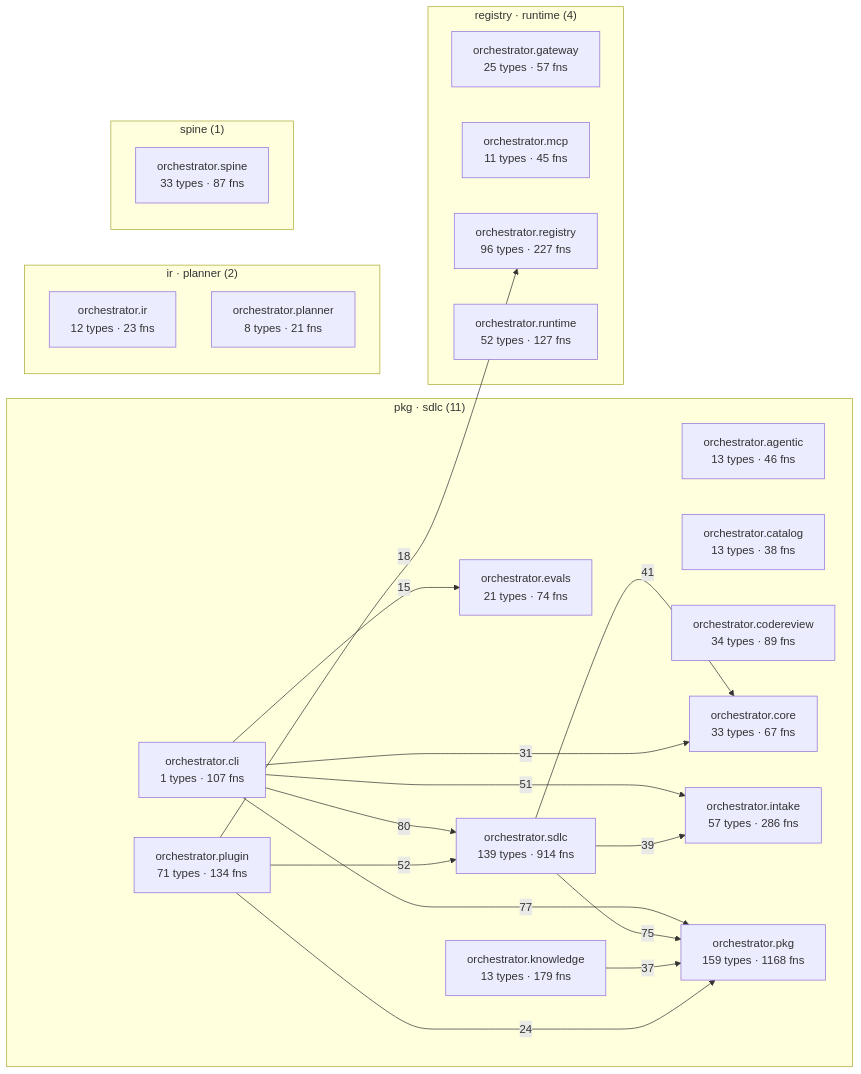
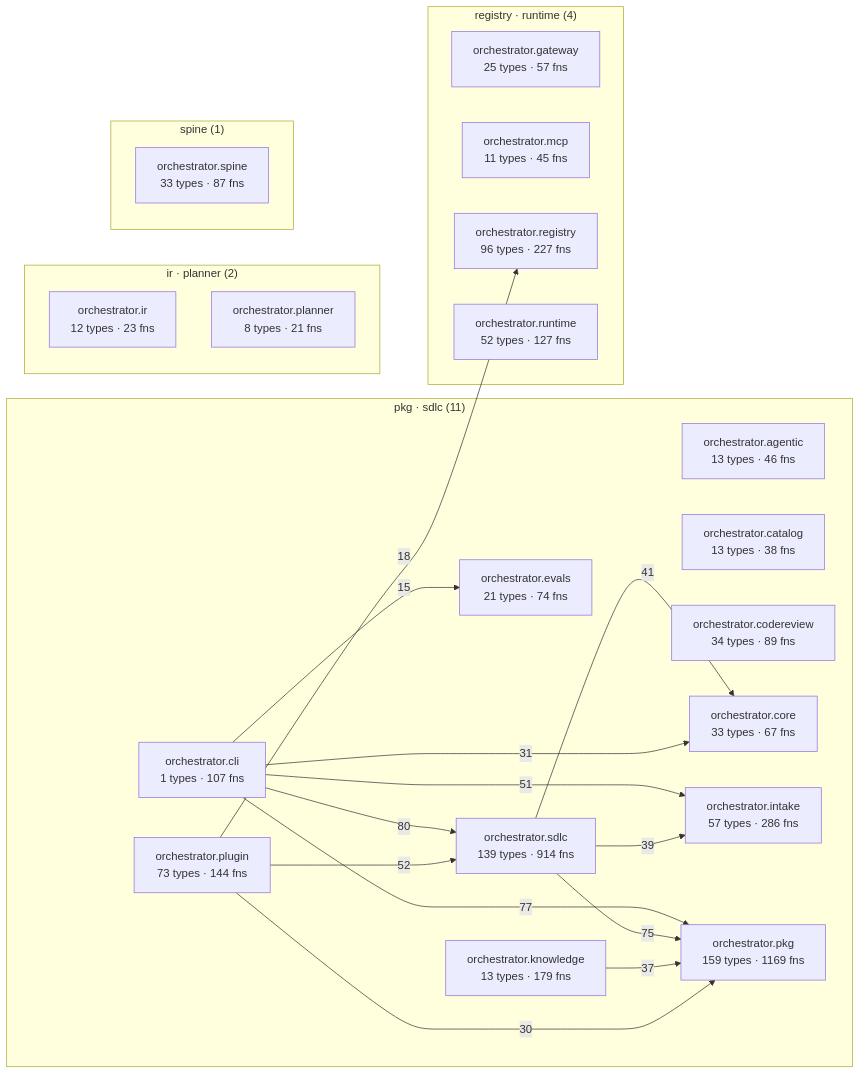
One commit to synaptixs/spine changed the diagram in episteme/architecture.md. Above: the diagram before and after it, drawn with Mermaid. The commit also changed other lines of this file and 24 other files, not shown here.

````diff
--- a/episteme/architecture.md
+++ b/episteme/architecture.md
@@ -55,41 +55,41 @@
 ```mermaid
 flowchart LR
   subgraph c_2["pkg · sdlc (11)"]
     aorchestratoragentic["orchestrator.agentic<br/>13 types · 46 fns"]
     aorchestratorcatalog["orchestrator.catalog<br/>13 types · 38 fns"]
     aorchestratorcli["orchestrator.cli<br/>1 types · 107 fns"]
     aorchestratorcodereview["orchestrator.codereview<br/>34 types · 89 fns"]
     aorchestratorcore["orchestrator.core<br/>33 types · 67 fns"]
     aorchestratorevals["orchestrator.evals<br/>21 types · 74 fns"]
     aorchestratorintake["orchestrator.intake<br/>57 types · 286 fns"]
     aorchestratorknowledge["orchestrator.knowledge<br/>13 types · 179 fns"]
-    aorchestratorpkg["orchestrator.pkg<br/>159 types · 1168 fns"]
-    aorchestratorplugin["orchestrator.plugin<br/>71 types · 134 fns"]
+    aorchestratorpkg["orchestrator.pkg<br/>159 types · 1169 fns"]
+    aorchestratorplugin["orchestrator.plugin<br/>73 types · 144 fns"]
     aorchestratorsdlc["orchestrator.sdlc<br/>139 types · 914 fns"]
   end
   subgraph c_4["registry · runtime (4)"]
     aorchestratorgateway["orchestrator.gateway<br/>25 types · 57 fns"]
     aorchestratormcp["orchestrator.mcp<br/>11 types · 45 fns"]
     aorchestratorregistry["orchestrator.registry<br/>96 types · 227 fns"]
     aorchestratorruntime["orchestrator.runtime<br/>52 types · 127 fns"]
   end
   subgraph c_6["ir · planner (2)"]
     aorchestratorir["orchestrator.ir<br/>12 types · 23 fns"]
     aorchestratorplanner["orchestrator.planner<br/>8 types · 21 fns"]
   end
   subgraph c_11["spine (1)"]
     aorchestratorspine["orchestrator.spine<br/>33 types · 87 fns"]
   end
   aorchestratorcli -->|80| aorchestratorsdlc
   aorchestratorcli -->|77| aorchestratorpkg
   aorchestratorsdlc -->|75| aorchestratorpkg
   aorchestratorplugin -->|52| aorchestratorsdlc
   aorchestratorcli -->|51| aorchestratorintake
   aorchestratorsdlc -->|41| aorchestratorcore
   aorchestratorsdlc -->|39| aorchestratorintake
   aorchestratorknowledge -->|37| aorchestratorpkg
   aorchestratorcli -->|31| aorchestratorcore
-  aorchestratorplugin -->|24| aorchestratorpkg
+  aorchestratorplugin -->|30| aorchestratorpkg
   aorchestratorplugin -->|18| aorchestratorregistry
   aorchestratorcli -->|15| aorchestratorevals
 ```
````
